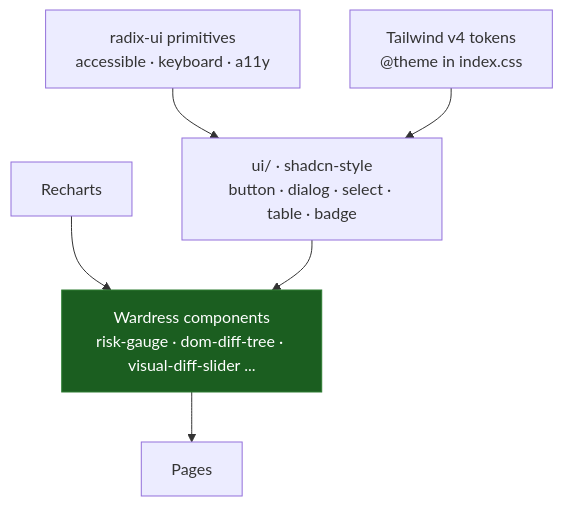
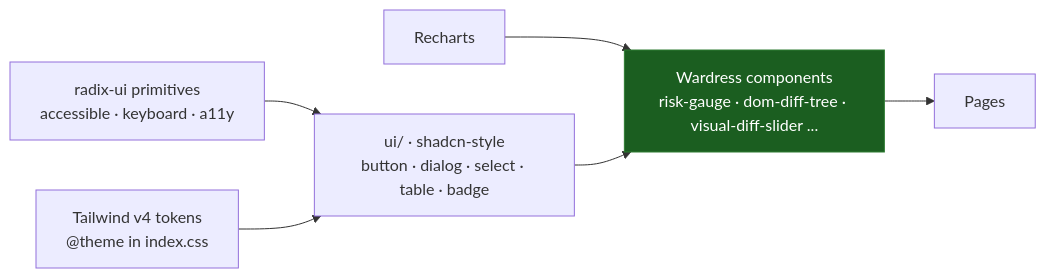
The diagram in docs/frontend/components.mdx (Ns81000/WARDRESS), drawn with Mermaid before and after one commit. The commit also changed 6 other files, not shown here.

````diff
--- a/docs/frontend/components.mdx
+++ b/docs/frontend/components.mdx
@@ -15,11 +15,11 @@
 ```mermaid
-flowchart TB
+flowchart LR
     RADIX["radix-ui primitives<br/>accessible · keyboard · a11y"] --> UI["ui/ · shadcn-style<br/>button · dialog · select · table · badge"]
     TW["Tailwind v4 tokens<br/>@theme in index.css"] --> UI
     RECHARTS[Recharts] --> WC
     UI --> WC["Wardress components<br/>risk-gauge · dom-diff-tree · visual-diff-slider ..."]
     WC --> PAGES[Pages]
 
     classDef base fill:#1b5e20,stroke:#2e7d32,color:#fff;
     class WC base;
 ```
````
